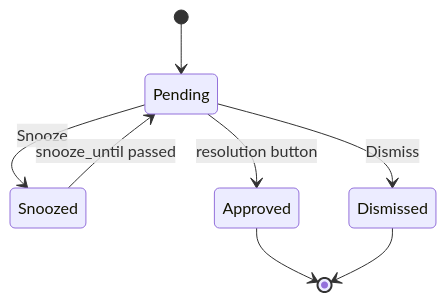
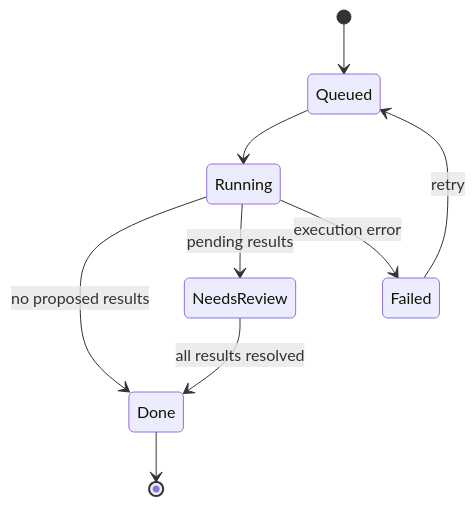
One commit to leav/expo_tracker changed the fourth of 4 diagrams in docs/DESIGN.md. Above: the diagram before and after it, drawn with Mermaid. The commit also changed other lines of this file, not shown here.

````diff
--- a/docs/DESIGN.md
+++ b/docs/DESIGN.md
@@ -397,10 +443,11 @@
 ```mermaid
 stateDiagram-v2
-  [*] --> Pending
-  Pending --> Snoozed: Snooze
-  Snoozed --> Pending: snooze_until passed
-  Pending --> Approved: resolution button
-  Pending --> Dismissed: Dismiss
-  Approved --> [*]
-  Dismissed --> [*]
+  [*] --> Queued
+  Queued --> Running
+  Running --> Done: no proposed results
+  Running --> NeedsReview: pending results
+  Running --> Failed: execution error
+  NeedsReview --> Done: all results resolved
+  Failed --> Queued: retry
+  Done --> [*]
 ```
````
